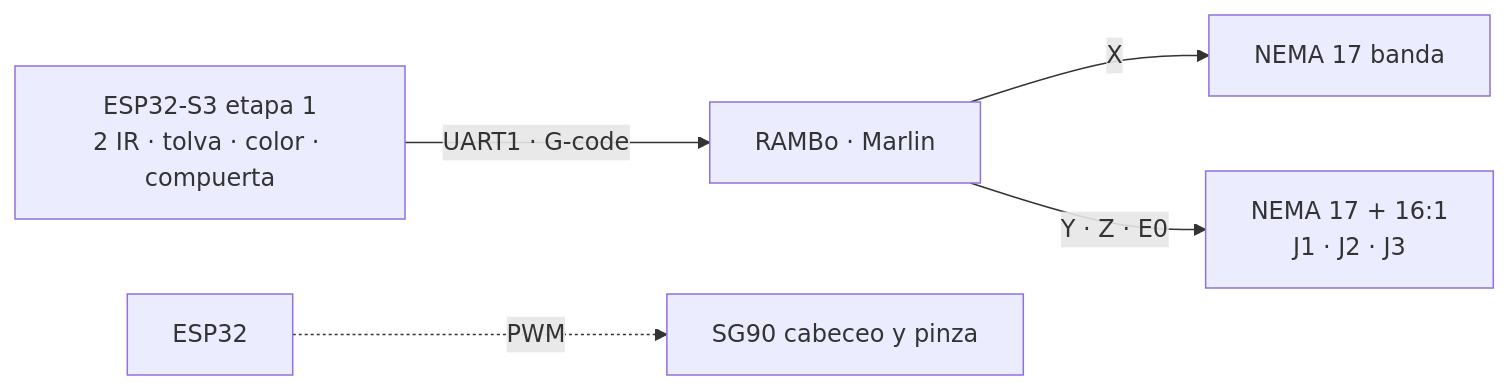
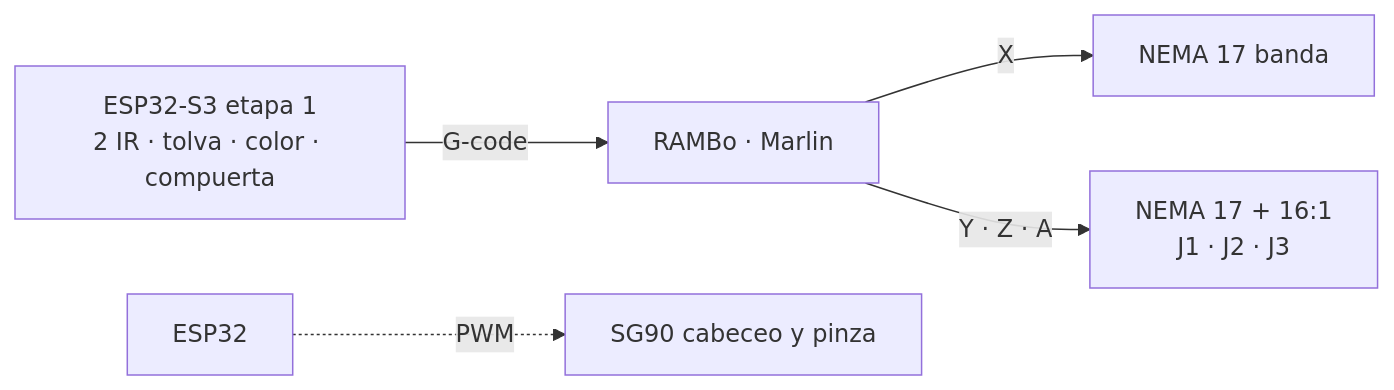
Before and after one commit to Johan-C777/coin-sorting-robot-pybullet: the fifth of 6 diagrams in README.md, drawn with Mermaid. The commit also changed 7 other files, not shown here.

````diff
--- a/README.md
+++ b/README.md
@@ -532,9 +532,9 @@
 ```mermaid
 flowchart LR
     C["ESP32-S3 etapa 1<br/>2 IR · tolva · color · compuerta"]
     R["RAMBo · Marlin"]
-    C -->|"UART1 · G-code"| R
+    C -->|"G-code"| R
     R -->|X| BA["NEMA 17 banda"]
-    R -->|"Y · Z · E0"| BR["NEMA 17 + 16:1<br/>J1 · J2 · J3"]
+    R -->|"Y · Z · A"| BR["NEMA 17 + 16:1<br/>J1 · J2 · J3"]
     E["ESP32"] -.->|PWM| SG["SG90 cabeceo y pinza"]
 ```
````
